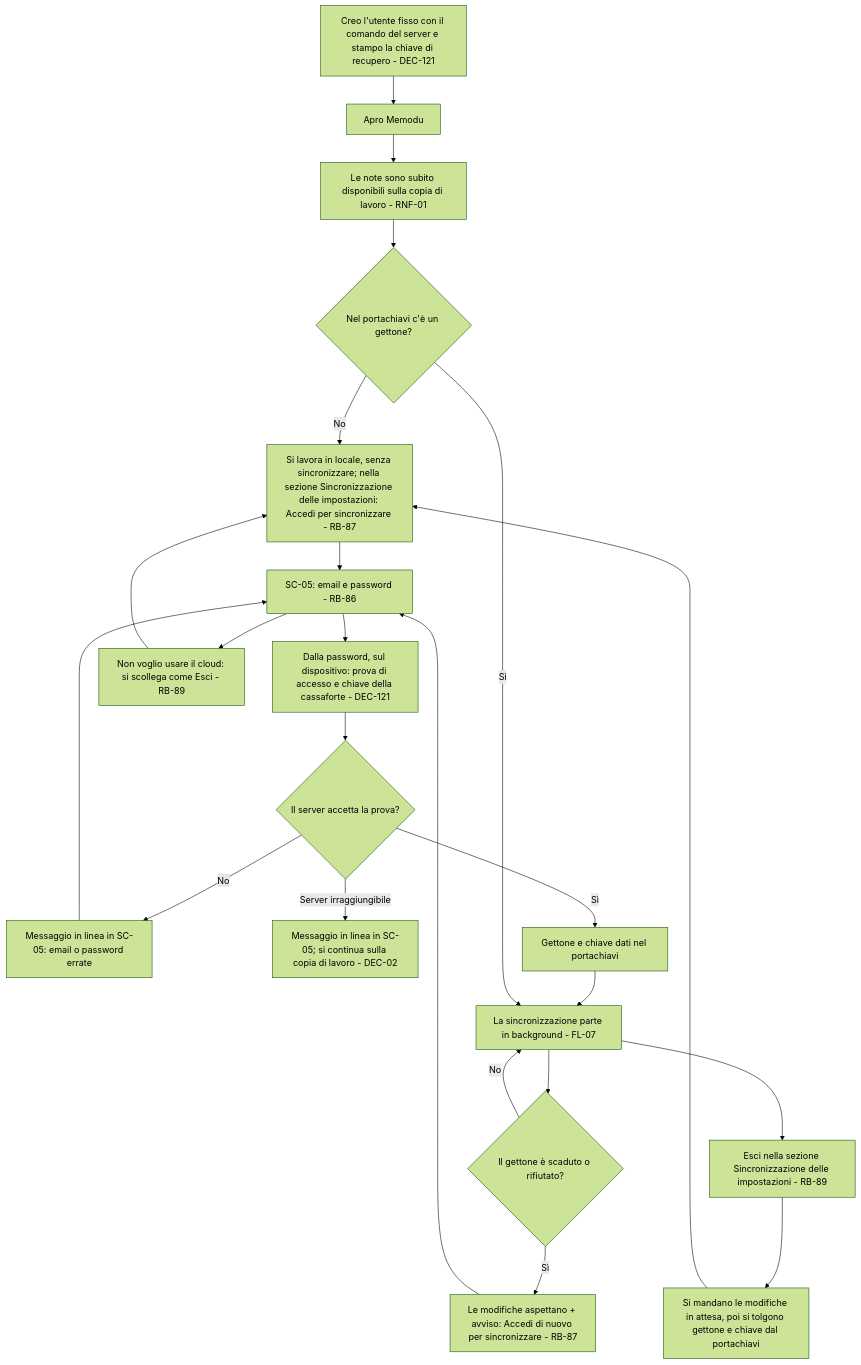
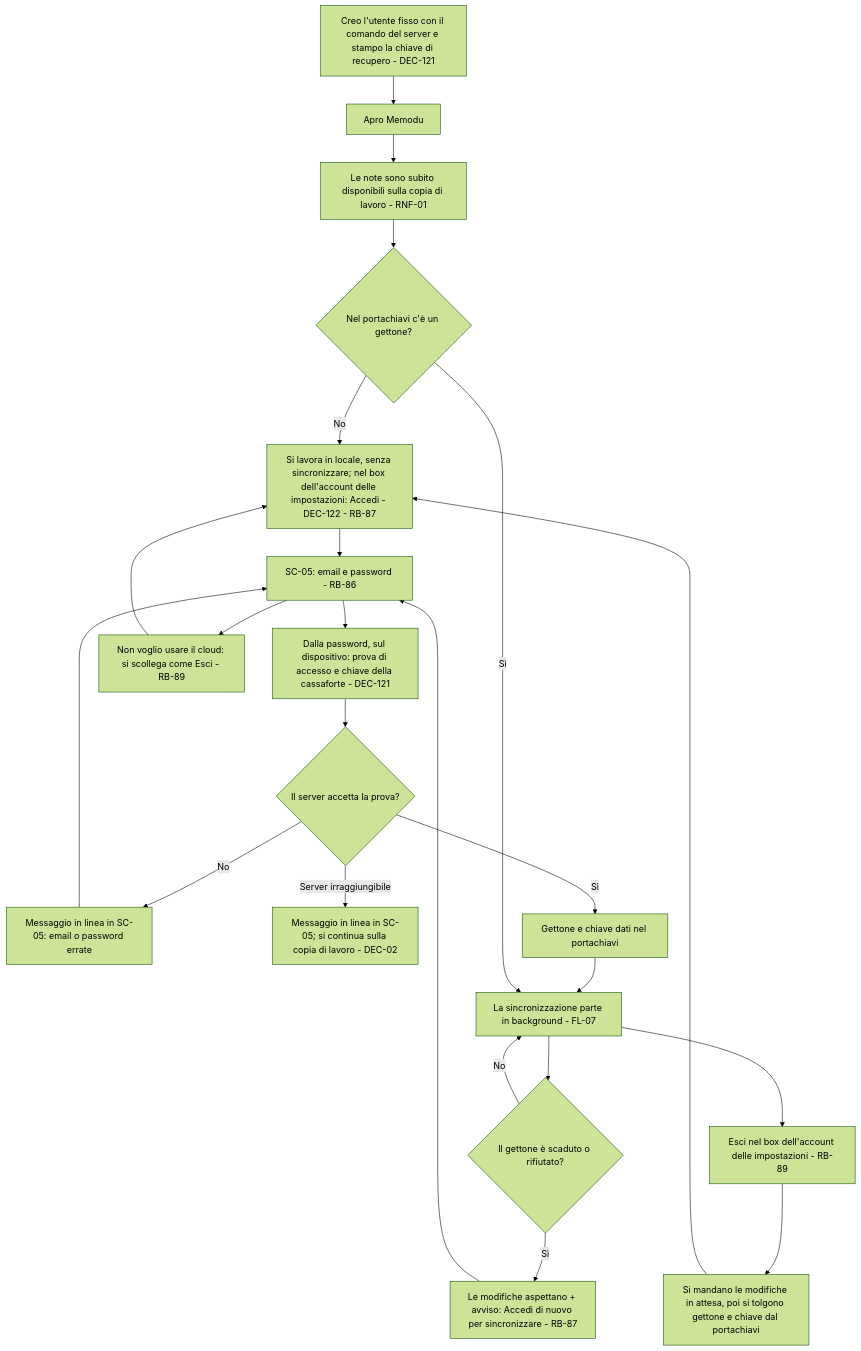
Before and after one commit to Helmutsti/MemoDu: the second of 2 diagrams in docs/moduli/sincronizzazione/2-flussi.md, drawn with Mermaid (forest theme). The commit also changed 9 other files, not shown here.

First line of the commit message:
DEC-122: impostazioni con il box dell'account in cima

````diff
--- a/docs/moduli/sincronizzazione/2-flussi.md
+++ b/docs/moduli/sincronizzazione/2-flussi.md
@@ -67,25 +67,25 @@
 ```mermaid
 flowchart TD
     A[Creo l'utente fisso con il comando del server e stampo la chiave di recupero - DEC-121] --> C[Apro Memodu]
     C --> D[Le note sono subito disponibili sulla copia di lavoro - RNF-01]
     D --> M{Nel portachiavi c'è un gettone?}
-    M -- No --> L[Si lavora in locale, senza sincronizzare; nella sezione Sincronizzazione delle impostazioni: Accedi per sincronizzare - RB-87]
+    M -- No --> L[Si lavora in locale, senza sincronizzare; nel box dell'account delle impostazioni: Accedi - DEC-122 - RB-87]
     L --> S[SC-05: email e password - RB-86]
     S --> P[Dalla password, sul dispositivo: prova di accesso e chiave della cassaforte - DEC-121]
     S --> N[Non voglio usare il cloud: si scollega come Esci - RB-89]
     N --> L
     P --> E{Il server accetta la prova?}
     E -- No --> X[Messaggio in linea in SC-05: email o password errate]
     X --> S
     E -- Server irraggiungibile --> R[Messaggio in linea in SC-05; si continua sulla copia di lavoro - DEC-02]
     E -- Sì --> K[Gettone e chiave dati nel portachiavi]
     K --> F[La sincronizzazione parte in background - FL-07]
     M -- Sì --> F
     F --> T{Il gettone è scaduto o rifiutato?}
     T -- No --> F
     T -- Sì --> V[Le modifiche aspettano + avviso: Accedi di nuovo per sincronizzare - RB-87]
     V --> S
-    F --> U[Esci nella sezione Sincronizzazione delle impostazioni - RB-89]
+    F --> U[Esci nel box dell'account delle impostazioni - RB-89]
     U --> W[Si mandano le modifiche in attesa, poi si tolgono gettone e chiave dal portachiavi]
     W --> L
 ```
````
